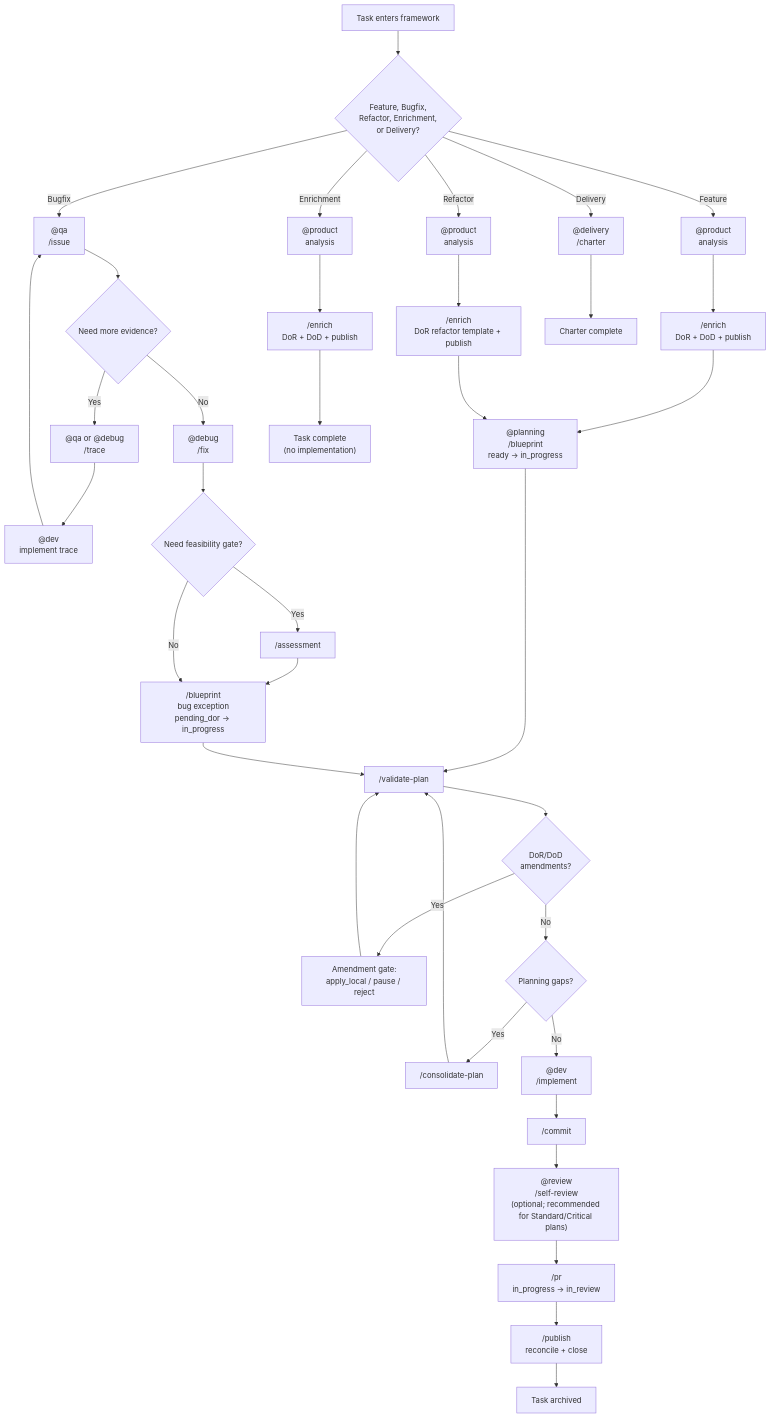
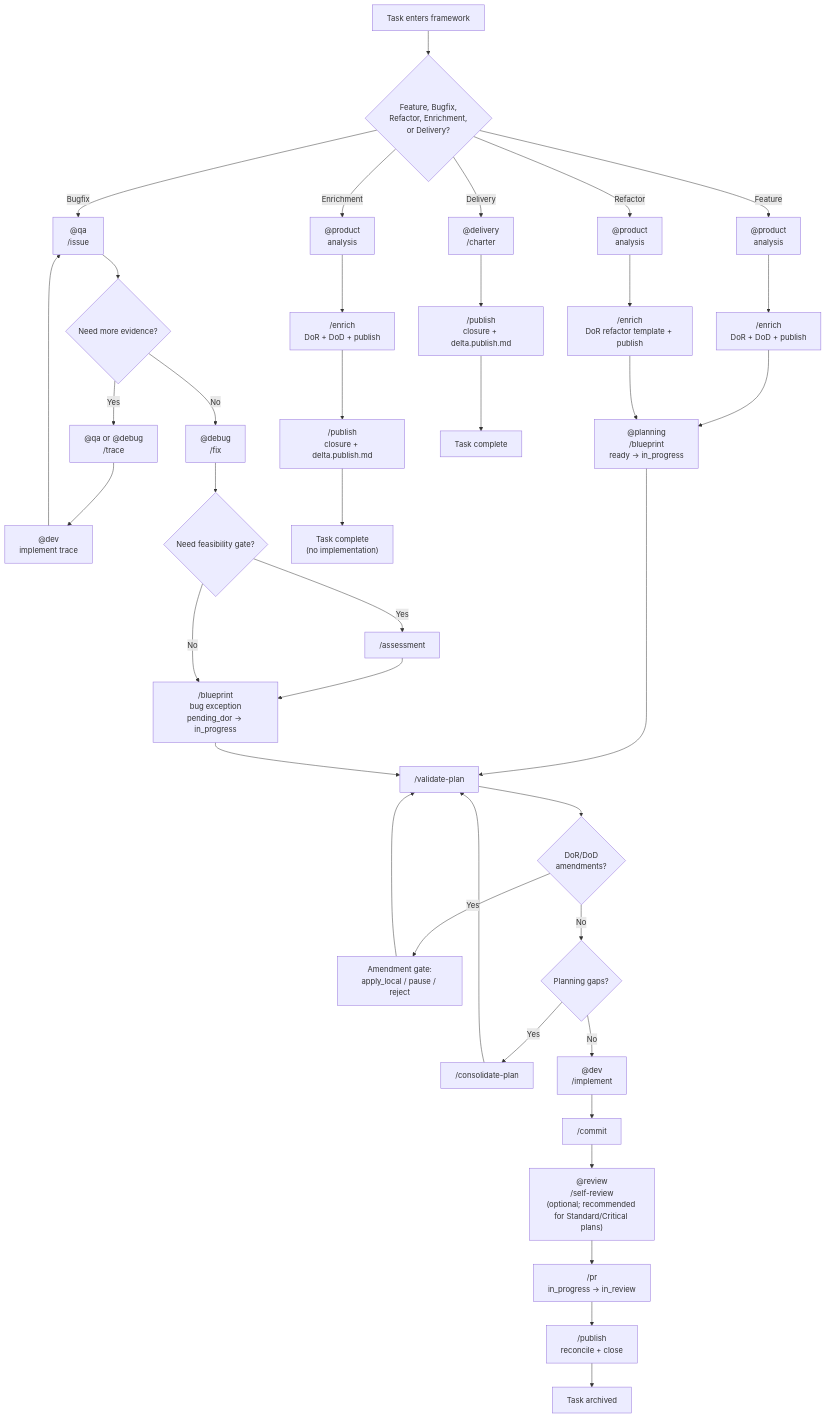
One commit to reeceGuerra/aias changed the diagram in docs/WORKFLOWS.md. Above: the diagram before and after it, drawn with Mermaid. The commit also changed 3 other files, not shown here.

````diff
--- a/docs/WORKFLOWS.md
+++ b/docs/WORKFLOWS.md
@@ -53,45 +53,47 @@
 ```mermaid
 flowchart TD
     Start["Task enters framework"]
 
     Start --> Entry{"Feature, Bugfix,<br/>Refactor, Enrichment,<br/>or Delivery?"}
 
     Entry -->|Feature| Product["@product<br/>analysis"]
     Product --> Enrich["/enrich<br/>DoR + DoD + publish"]
     Enrich --> Planning["@planning<br/>/blueprint<br/>ready → in_progress"]
     Planning --> Validate["/validate-plan"]
     Validate --> Amendments{"DoR/DoD<br/>amendments?"}
     Amendments -->|Yes| AmendGate["Amendment gate:<br/>apply_local / pause / reject"]
     AmendGate --> Validate
     Amendments -->|No| Gaps{"Planning gaps?"}
     Gaps -->|Yes| Consolidate["/consolidate-plan"] --> Validate
     Gaps -->|No| Dev["@dev<br/>/implement"]
     Dev --> Commit["/commit"]
     Commit --> SelfReview["@review<br/>/self-review<br/>(optional; recommended for Standard/Critical plans)"]
     SelfReview --> PR["/pr<br/>in_progress → in_review"]
     PR --> Publish["/publish<br/>reconcile + close"]
     Publish --> Done["Task archived"]
 
     Entry -->|Bugfix| QA["@qa<br/>/issue"]
     QA --> Trace{"Need more evidence?"}
     Trace -->|Yes| TracePlan["@qa or @debug<br/>/trace"]
     TracePlan --> TraceImpl["@dev<br/>implement trace"]
     TraceImpl --> QA
     Trace -->|No| Debug["@debug<br/>/fix"]
     Debug --> Assessment{"Need feasibility gate?"}
     Assessment -->|Yes| Feasibility["/assessment"]
     Feasibility --> BugBlueprint["/blueprint<br/>bug exception<br/>pending_dor → in_progress"]
     Assessment -->|No| BugBlueprint
     BugBlueprint --> Validate
 
     Entry -->|Refactor| RefProduct["@product<br/>analysis"]
     RefProduct --> RefEnrich["/enrich<br/>DoR refactor template + publish"]
     RefEnrich --> Planning
 
     Entry -->|Enrichment| EnrichProduct["@product<br/>analysis"]
     EnrichProduct --> EnrichOnly["/enrich<br/>DoR + DoD + publish"]
-    EnrichOnly --> EnrichDone["Task complete<br/>(no implementation)"]
+    EnrichOnly --> EnrichClosure["/publish<br/>closure + delta.publish.md"]
+    EnrichClosure --> EnrichDone["Task complete<br/>(no implementation)"]
 
     Entry -->|Delivery| DeliveryMode["@delivery<br/>/charter"]
-    DeliveryMode --> DeliveryDone["Charter complete"]
+    DeliveryMode --> DeliveryClosure["/publish<br/>closure + delta.publish.md"]
+    DeliveryClosure --> DeliveryDone["Task complete"]
 ```
````
